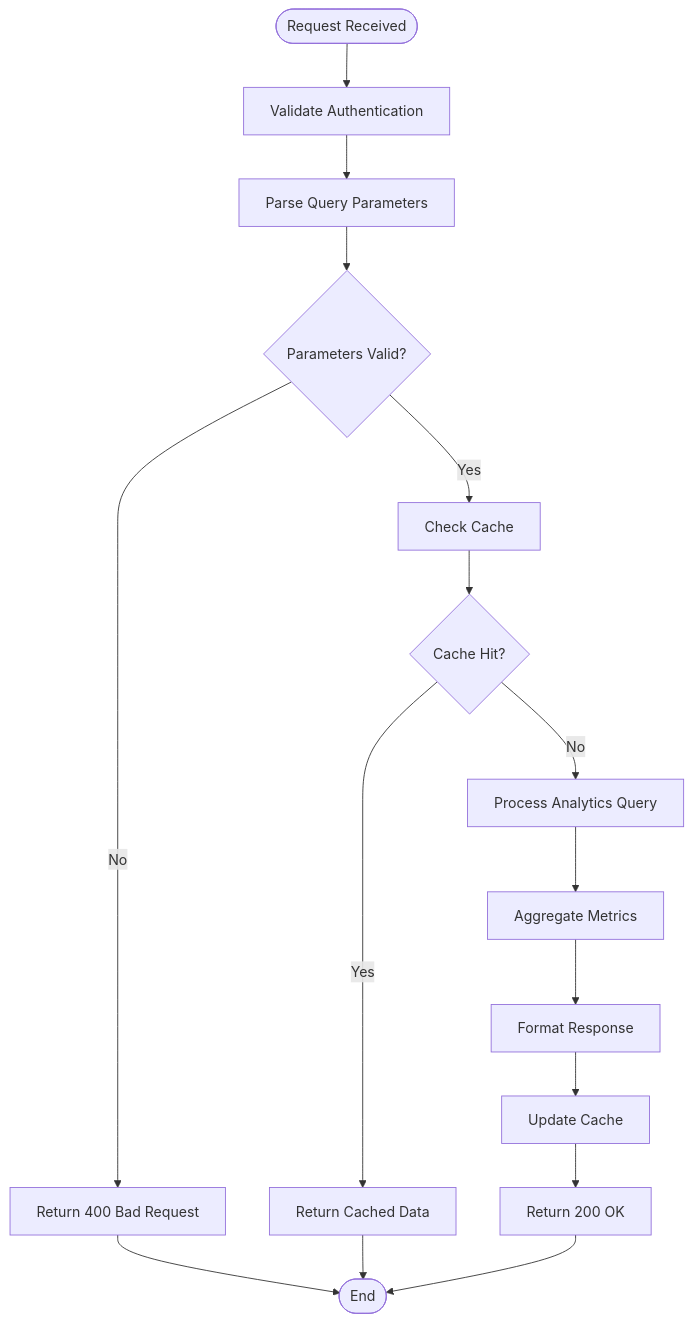
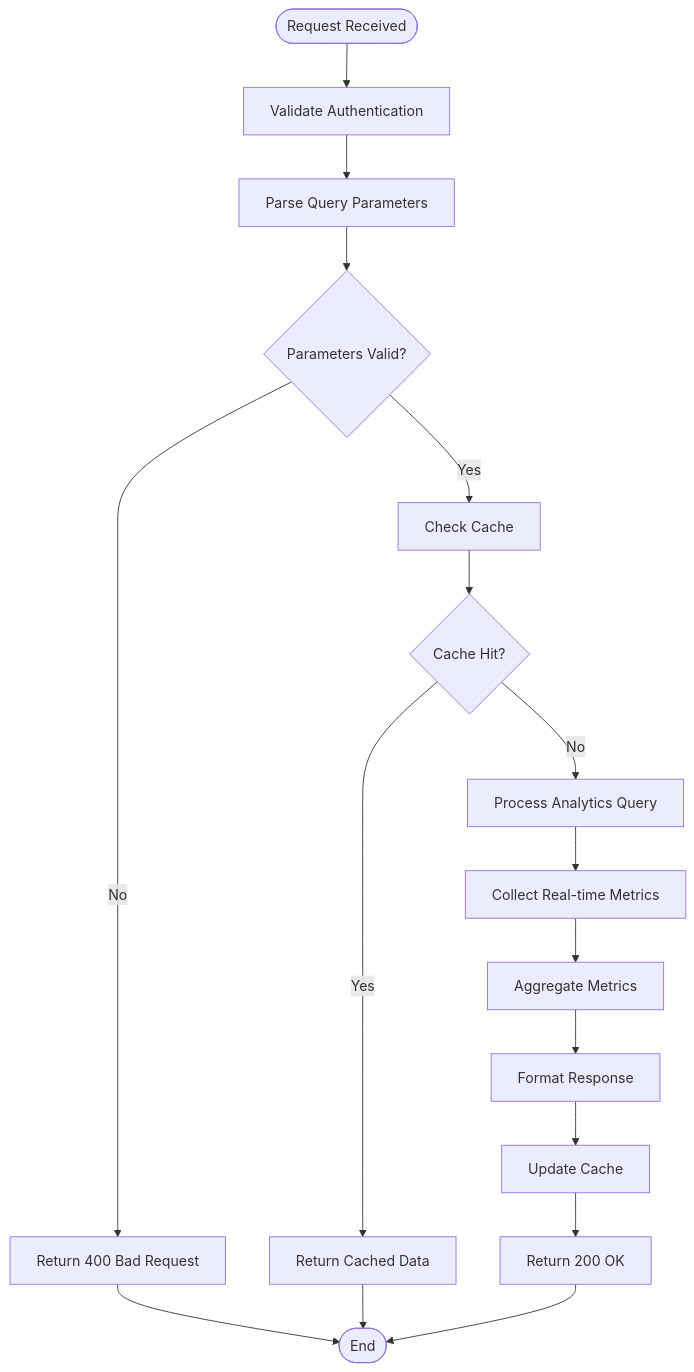
One commit to HassanAmeer/cheaprouter changed the third of 5 diagrams in .qoder/repowiki/en/content/API Reference/Analytics API.md. Above: the diagram before and after it, drawn with Mermaid. The commit also changed other lines of this file and 54 other files, not shown here.

````diff
--- a/.qoder/repowiki/en/content/API Reference/Analytics API.md
+++ b/.qoder/repowiki/en/content/API Reference/Analytics API.md
@@ -132,18 +160,19 @@
 ```mermaid
 flowchart TD
 Start([Request Received]) --> Validate["Validate Authentication"]
 Validate --> ParseParams["Parse Query Parameters"]
 ParseParams --> ValidateParams{"Parameters Valid?"}
 ValidateParams --> |No| ReturnError["Return 400 Bad Request"]
 ValidateParams --> |Yes| CheckCache["Check Cache"]
 CheckCache --> CacheHit{"Cache Hit?"}
 CacheHit --> |Yes| ReturnCached["Return Cached Data"]
 CacheHit --> |No| ProcessQuery["Process Analytics Query"]
-ProcessQuery --> Aggregate["Aggregate Metrics"]
+ProcessQuery --> CollectMetrics["Collect Real-time Metrics"]
+CollectMetrics --> Aggregate["Aggregate Metrics"]
 Aggregate --> FormatResponse["Format Response"]
 FormatResponse --> UpdateCache["Update Cache"]
 UpdateCache --> ReturnSuccess["Return 200 OK"]
 ReturnError --> End([End])
 ReturnCached --> End
 ReturnSuccess --> End
 ```
````
